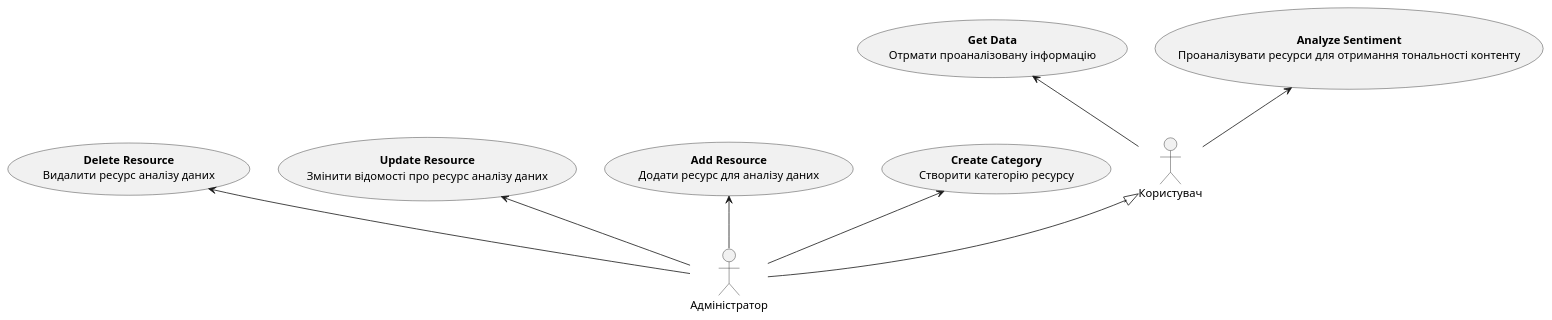
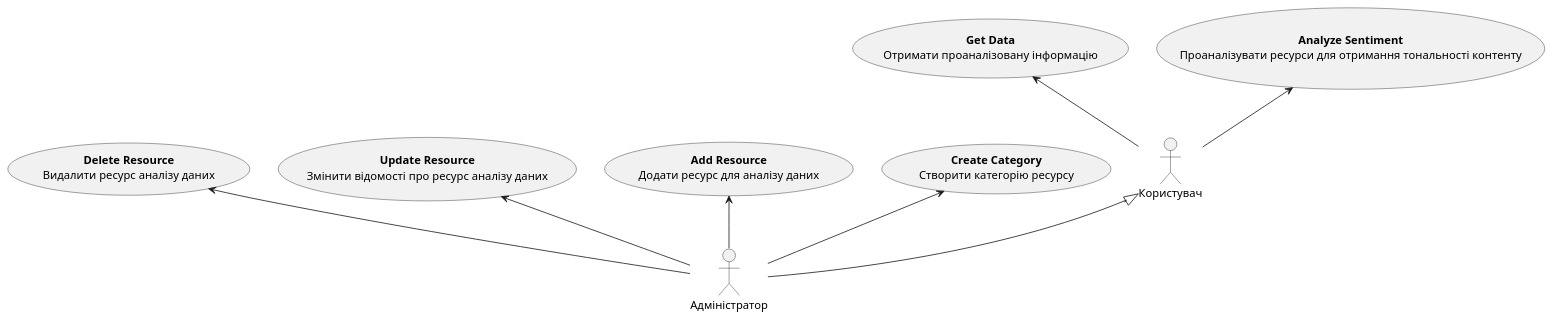
One commit to ypapish/database-course-work changed the first of 7 diagrams in docs/ua/use cases/index.md. Above: the diagram before and after it, drawn with PlantUML. The commit also changed other lines of this file, not shown here.

```diff
--- a/docs/ua/use cases/index.md
+++ b/docs/ua/use cases/index.md
@@ -5,20 +5,20 @@
 @startuml
 actor "Користувач" as user
 actor "Адміністратор" as admin
 
 usecase "<b>Create Category</b>\nСтворити категорію ресурсу" as UC_1
 usecase "<b>Analyze Sentiment</b>\nПроаналізувати ресурси для отримання тональності контенту" as UC_2
 usecase "<b>Add Resource</b>\nДодати ресурс для аналізу даних" as UC_3
 usecase "<b>Update Resource</b>\nЗмінити відомості про ресурс аналізу даних" as UC_4
 usecase "<b>Delete Resource</b>\nВидалити ресурс аналізу даних" as UC_5
-usecase "<b>Get Data</b>\nОтрмати проаналізовану інформацію" as UC_6
+usecase "<b>Get Data</b>\nОтримати проаналізовану інформацію" as UC_6
 
 user -u-> UC_2
 user -u-> UC_6
 admin -u-|> user
 
 admin -u-> UC_1
 admin -u-> UC_3
 admin -u-> UC_4
 admin -u-> UC_5
 @enduml
```
